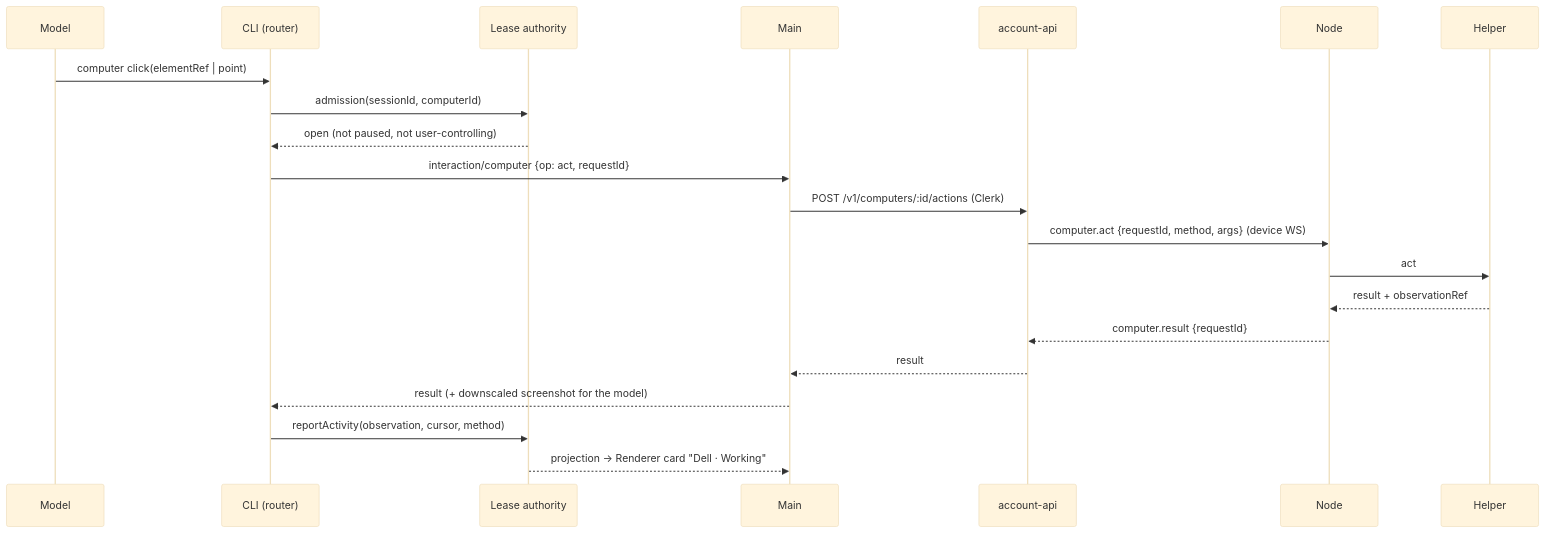
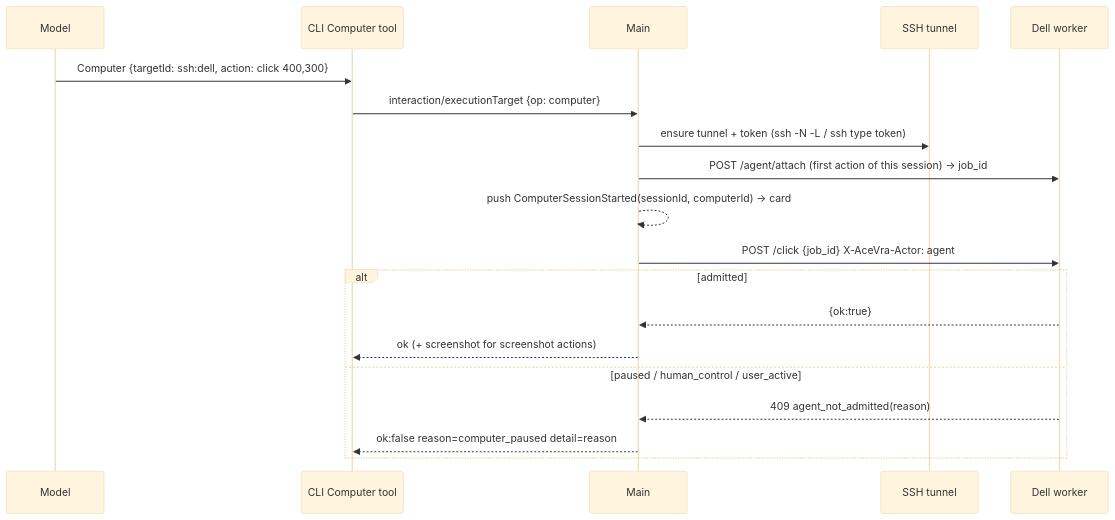
One commit to Ykkfelipe/AceVra changed the second of 2 diagrams in packages/desktop/specs/acevra-agent-computer.md. Above: the diagram before and after it, drawn with Mermaid (base theme). The commit also changed other lines of this file, not shown here.

Commit message:
docs(spec): agent computer v2 — reuse the Dell worker over SSH

````diff
--- a/packages/desktop/specs/acevra-agent-computer.md
+++ b/packages/desktop/specs/acevra-agent-computer.md
@@ -202,23 +198,21 @@
 ```mermaid
 sequenceDiagram
   participant Model
-  participant CLI as CLI (router)
-  participant Auth as Lease authority
+  participant CLI as CLI Computer tool
   participant Main
-  participant API as account-api
-  participant Node
-  participant Helper
-  Model->>CLI: computer click(elementRef | point)
-  CLI->>Auth: admission(sessionId, computerId)
-  Auth-->>CLI: open (not paused, not user-controlling)
-  CLI->>Main: interaction/computer {op: act, requestId}
-  Main->>API: POST /v1/computers/:id/actions (Clerk)
-  API->>Node: computer.act {requestId, method, args} (device WS)
-  Node->>Helper: act
-  Helper-->>Node: result + observationRef
-  Node-->>API: computer.result {requestId}
-  API-->>Main: result
-  Main-->>CLI: result (+ downscaled screenshot for the model)
-  CLI->>Auth: reportActivity(observation, cursor, method)
-  Auth-->>Main: projection → Renderer card "Dell · Working"
+  participant Tun as SSH tunnel
+  participant W as Dell worker
+  Model->>CLI: Computer {targetId: ssh:dell, action: click 400,300}
+  CLI->>Main: interaction/executionTarget {op: computer}
+  Main->>Tun: ensure tunnel + token (ssh -N -L / ssh type token)
+  Main->>W: POST /agent/attach (first action of this session) → job_id
+  Main-->>Main: push ComputerSessionStarted(sessionId, computerId) → card
+  Main->>W: POST /click {job_id} X-AceVra-Actor: agent
+  alt admitted
+    W-->>Main: {ok:true}
+    Main-->>CLI: ok (+ screenshot for screenshot actions)
+  else paused / human_control / user_active
+    W-->>Main: 409 agent_not_admitted(reason)
+    Main-->>CLI: ok:false reason=computer_paused detail=reason
+  end
 ```
````
